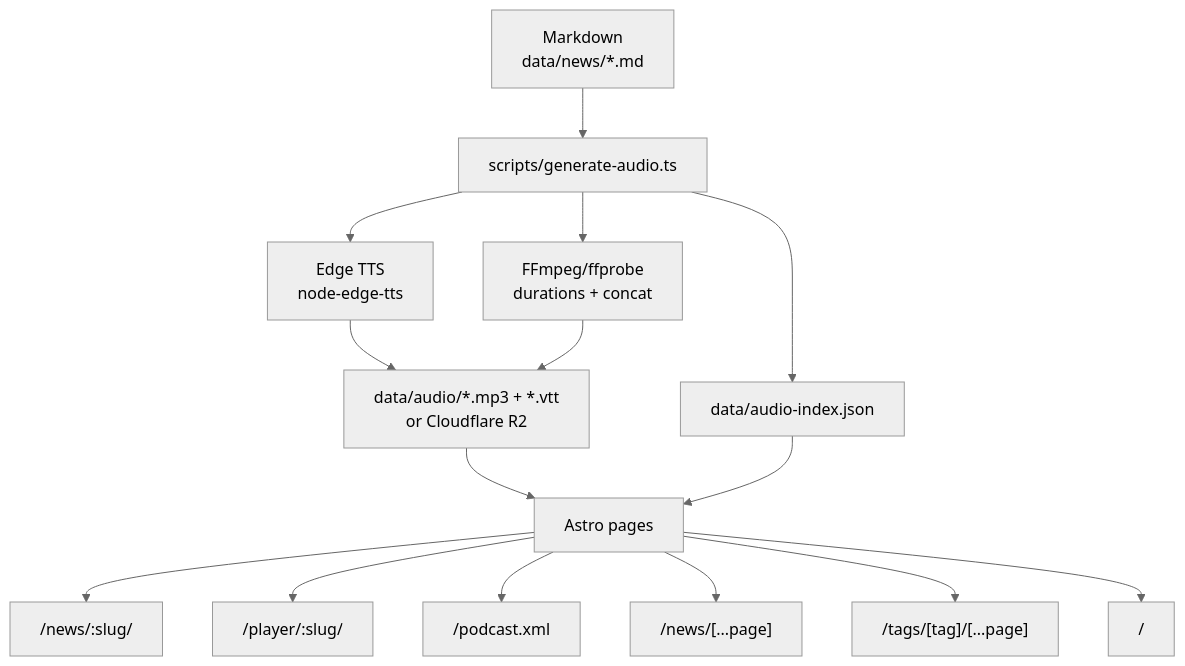
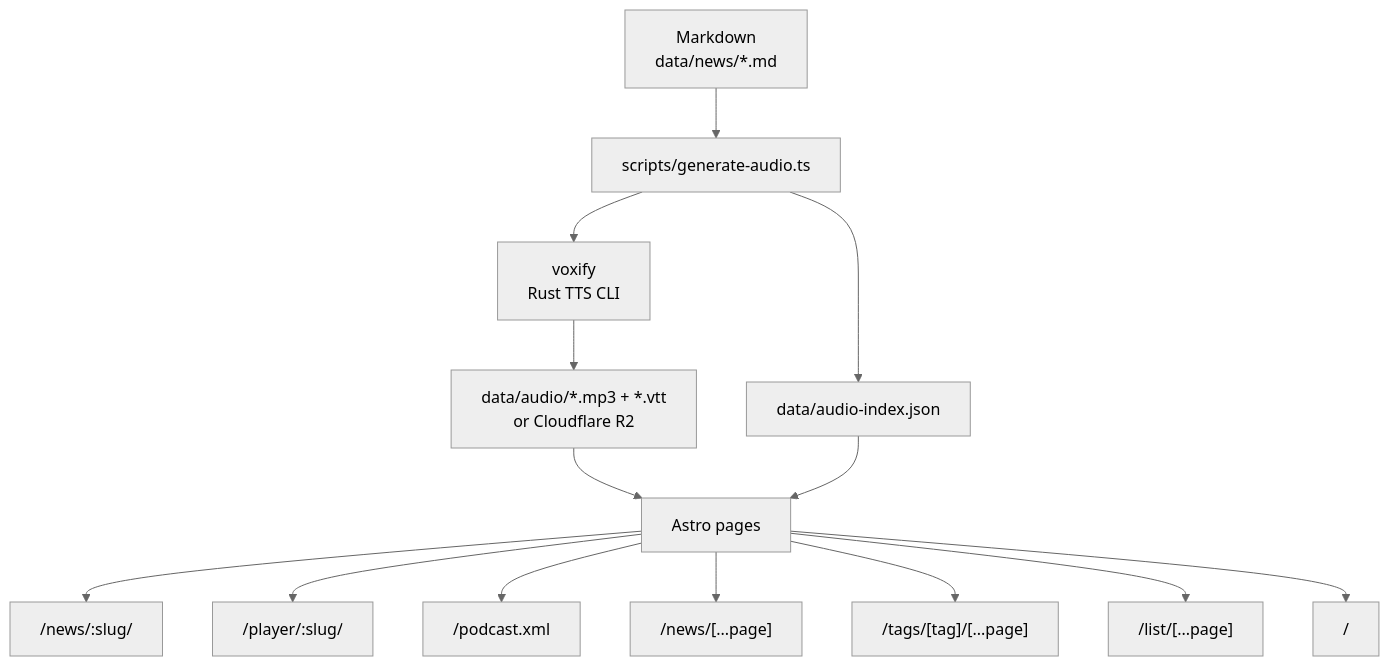
Before and after one commit to rgaidot/hnpaper-news: the first of 4 diagrams in README.md, drawn with Mermaid (neutral theme). The commit also changed other lines of this file and 4 other files, not shown here.

Commit message:
refactor(audio): migrate TTS generation to Voxify (Rust CLI)

````diff
--- a/README.md
+++ b/README.md
@@ -61,17 +61,16 @@
 ```mermaid
 flowchart TD
   A[Markdown<br/>data/news/*.md] --> B[scripts/generate-audio.ts]
-  B --> C[Edge TTS<br/>node-edge-tts]
-  B --> D[FFmpeg/ffprobe<br/>durations + concat]
+  B --> C[voxify<br/>Rust TTS CLI]
   C --> E[data/audio/*.mp3 + *.vtt<br/>or Cloudflare R2]
-  D --> E
   B --> IDX[data/audio-index.json]
   E --> F[Astro pages]
   IDX --> F
   F --> G["/news/:slug/"]
   F --> H["/player/:slug/"]
   F --> I["/podcast.xml"]
   F --> J["/news/[...page]"]
   F --> K["/tags/[tag]/[...page]"]
+  F --> M["/list/[...page]"]
   F --> L["/"]
 ```
````
